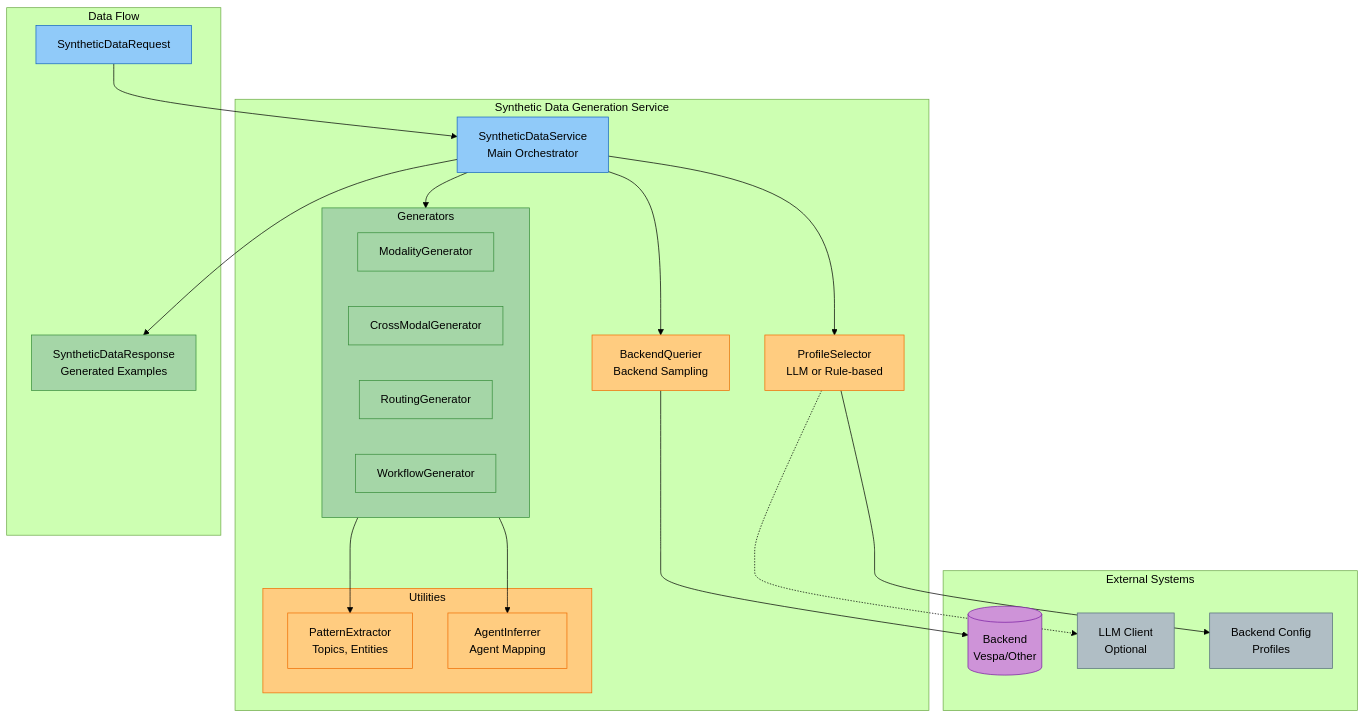
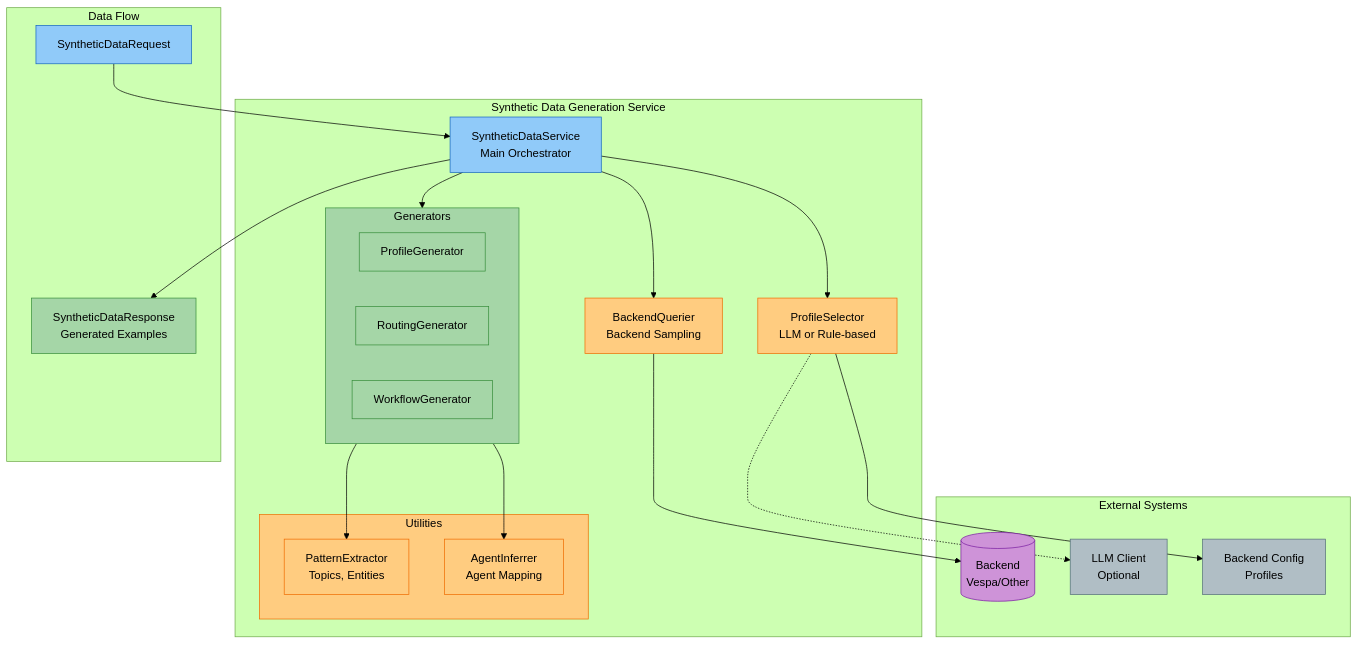
The first of 2 diagrams in docs/synthetic-data-generation.md (amit-jain/cogniverse), drawn with Mermaid (forest theme) before and after one commit. The commit also changed other lines of this file and 43 other files, not shown here.

First line of the commit message:
Replace modality optimizer with profile-selection synthetic generator

````diff
--- a/docs/synthetic-data-generation.md
+++ b/docs/synthetic-data-generation.md
@@ -22,60 +22,58 @@
 ```mermaid
 flowchart TB
     subgraph SyntheticService["<span style='color:#000'>Synthetic Data Generation Service</span>"]
         Service["<span style='color:#000'>SyntheticDataService<br/>Main Orchestrator</span>"]
 
         Service --> ProfileSelector
         Service --> BackendQuerier
         Service --> Generators
 
         ProfileSelector["<span style='color:#000'>ProfileSelector<br/>LLM or Rule-based</span>"]
         BackendQuerier["<span style='color:#000'>BackendQuerier<br/>Backend Sampling</span>"]
 
         subgraph Generators["<span style='color:#000'>Generators</span>"]
-            ModalityGen["<span style='color:#000'>ModalityGenerator</span>"]
-            CrossModalGen["<span style='color:#000'>CrossModalGenerator</span>"]
+            ProfileGen["<span style='color:#000'>ProfileGenerator</span>"]
             RoutingGen["<span style='color:#000'>RoutingGenerator</span>"]
             WorkflowGen["<span style='color:#000'>WorkflowGenerator</span>"]
         end
 
         subgraph Utilities["<span style='color:#000'>Utilities</span>"]
             PatternExtractor["<span style='color:#000'>PatternExtractor<br/>Topics, Entities</span>"]
             AgentInferrer["<span style='color:#000'>AgentInferrer<br/>Agent Mapping</span>"]
         end
 
         Generators --> PatternExtractor
         Generators --> AgentInferrer
     end
 
     subgraph ExternalSystems["<span style='color:#000'>External Systems</span>"]
         Backend[("<span style='color:#000'>Backend<br/>Vespa/Other</span>")]
         LLM["<span style='color:#000'>LLM Client<br/>Optional</span>"]
         BackendConfig["<span style='color:#000'>Backend Config<br/>Profiles</span>"]
     end
 
     ProfileSelector -.-> LLM
     ProfileSelector --> BackendConfig
     BackendQuerier --> Backend
 
     subgraph DataFlow["<span style='color:#000'>Data Flow</span>"]
         Request["<span style='color:#000'>SyntheticDataRequest</span>"] --> Service
         Service --> Response["<span style='color:#000'>SyntheticDataResponse<br/>Generated Examples</span>"]
     end
 
     style Service fill:#90caf9,stroke:#1565c0,color:#000
     style ProfileSelector fill:#ffcc80,stroke:#ef6c00,color:#000
     style BackendQuerier fill:#ffcc80,stroke:#ef6c00,color:#000
     style Generators fill:#a5d6a7,stroke:#388e3c,color:#000
-    style ModalityGen fill:#a5d6a7,stroke:#388e3c,color:#000
-    style CrossModalGen fill:#a5d6a7,stroke:#388e3c,color:#000
+    style ProfileGen fill:#a5d6a7,stroke:#388e3c,color:#000
     style RoutingGen fill:#a5d6a7,stroke:#388e3c,color:#000
     style WorkflowGen fill:#a5d6a7,stroke:#388e3c,color:#000
     style Utilities fill:#ffcc80,stroke:#ef6c00,color:#000
     style PatternExtractor fill:#ffcc80,stroke:#ef6c00,color:#000
     style AgentInferrer fill:#ffcc80,stroke:#ef6c00,color:#000
     style Backend fill:#ce93d8,stroke:#7b1fa2,color:#000
     style LLM fill:#b0bec5,stroke:#546e7a,color:#000
     style BackendConfig fill:#b0bec5,stroke:#546e7a,color:#000
     style Request fill:#90caf9,stroke:#1565c0,color:#000
     style Response fill:#a5d6a7,stroke:#388e3c,color:#000
 ```
````
